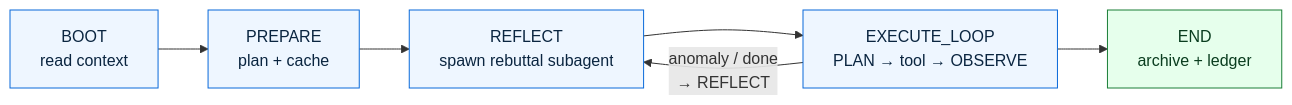
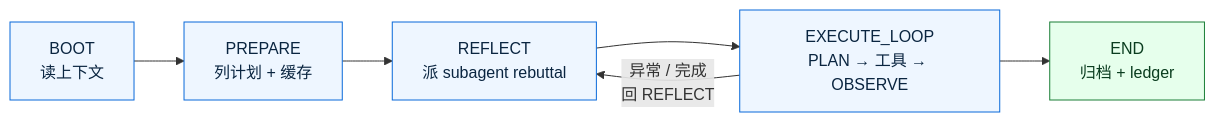
Before and after one commit to gyy0592/claude-config: the diagram in README.md, drawn with Mermaid. The commit also changed other lines of this file and 2 other files, not shown here.

````diff
--- a/README.md
+++ b/README.md
@@ -128,17 +128,17 @@
 ```mermaid
 flowchart LR
-    BOOT[BOOT<br/>read context]
-    PREPARE[PREPARE<br/>plan + cache]
-    REFLECT[REFLECT<br/>spawn rebuttal subagent]
-    EXECUTE[EXECUTE_LOOP<br/>PLAN → tool → OBSERVE]
-    END[END<br/>archive + ledger]
+    BOOT[BOOT<br/>读上下文]
+    PREPARE[PREPARE<br/>列计划 + 缓存]
+    REFLECT[REFLECT<br/>派 subagent rebuttal]
+    EXECUTE[EXECUTE_LOOP<br/>PLAN → 工具 → OBSERVE]
+    END[END<br/>归档 + ledger]
 
     BOOT --> PREPARE --> REFLECT --> EXECUTE
-    EXECUTE -- "anomaly / done<br/>→ REFLECT" --> REFLECT
+    EXECUTE -- "异常 / 完成<br/>回 REFLECT" --> REFLECT
     EXECUTE --> END
 
     classDef state fill:#eef6ff,stroke:#0969da,color:#0a2540;
     classDef terminal fill:#e6ffec,stroke:#1a7f37,color:#0a3d1f;
     class BOOT,PREPARE,REFLECT,EXECUTE state
     class END terminal
 ```
````
